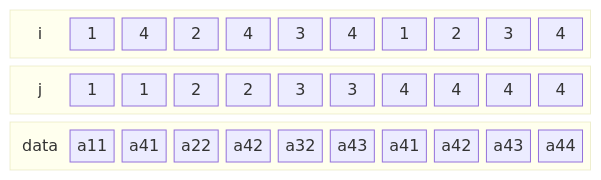
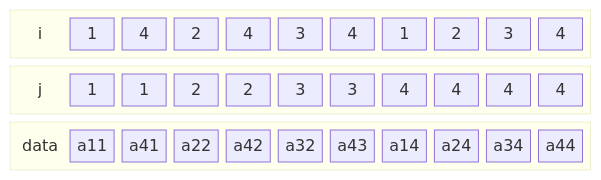
The third of 5 diagrams in lec/2025-09-03-slides.qmd (dbindel/cs6210-f25), drawn with Mermaid before and after one commit. The commit also changed other lines of this file and 7 other files, not shown here.

````diff
--- a/lec/2025-09-03-slides.qmd
+++ b/lec/2025-09-03-slides.qmd
@@ -713,49 +713,49 @@
 ```{mermaid}
 %%| fig-width: 10.0
 %%| fig-height: 3.0
 block-beta
   columns 1
   block
     ti("i")
     i1["1"]
     i2["4"]
     i3["2"]
     i4["4"]
     i5["3"]
     i6["4"]
     i7["1"]
     i8["2"]
     i9["3"]
     ia["4"]
   end
   block
     tj("j")
     j1["1"]
     j2["1"]
     j3["2"]
     j4["2"]
     j5["3"]
     j6["3"]
     j7["4"]
     j8["4"]
     j9["4"]
     ja["4"]
   end
   block
     tdata("data")
     a1["a11"]
     a2["a41"]
     a3["a22"]
     a4["a42"]
     a5["a32"]
     a6["a43"]
-    a7["a41"]
-    a8["a42"]
-    a9["a43"]
+    a7["a14"]
+    a8["a24"]
+    a9["a34"]
     aa["a44"]
   end
   class ti BT
   class tj BT
   class tdata BT
   classDef BT stroke:transparent,fill:transparent
 ```
````
